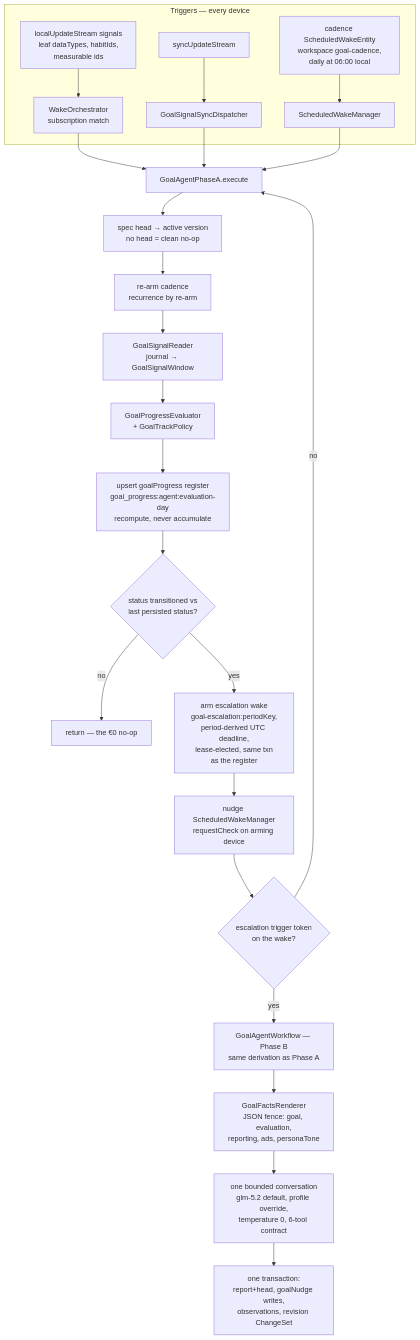
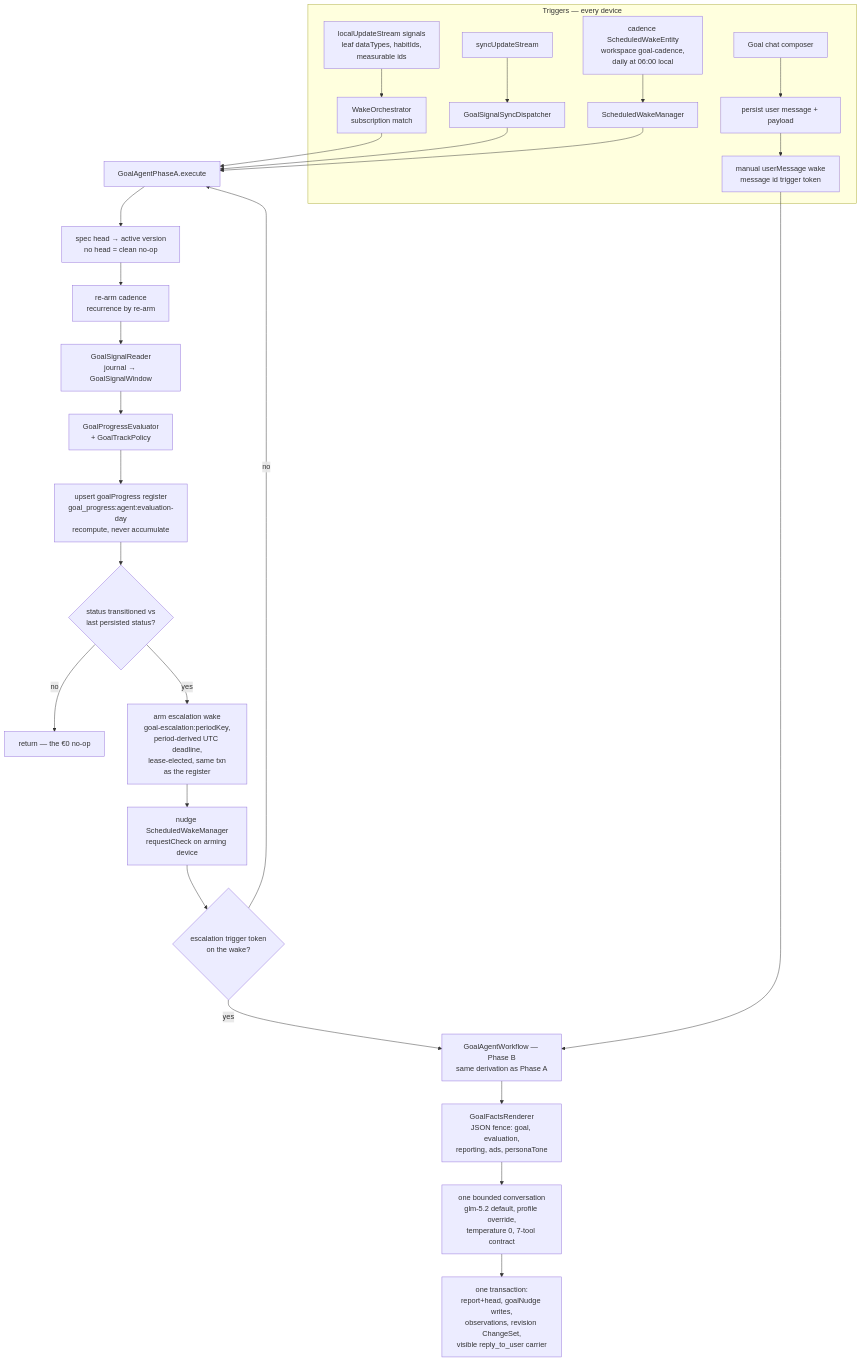
Before and after one commit to matthiasn/lotti: the diagram in knowledge/features/goals.md, drawn with Mermaid. The commit also changed other lines of this file and 60 other files, not shown here.

Commit message:
feat: add persistent goal agent chat

````diff
--- a/knowledge/features/goals.md
+++ b/knowledge/features/goals.md
@@ -68,26 +68,29 @@
 ```mermaid
 flowchart TD
     subgraph triggers [Triggers — every device]
         SIG[localUpdateStream signals\nleaf dataTypes, habitIds,\nmeasurable ids] --> ORCH[WakeOrchestrator\nsubscription match]
         SYNC[syncUpdateStream] --> DISP[GoalSignalSyncDispatcher]
         CAD[cadence ScheduledWakeEntity\nworkspace goal-cadence,\ndaily at 06:00 local] --> MGR[ScheduledWakeManager]
+        CHAT[Goal chat composer] --> STORE[persist user message + payload]
+        STORE --> USERWAKE[manual userMessage wake\nmessage id trigger token]
     end
     ORCH --> PA[GoalAgentPhaseA.execute]
     DISP --> PA
     MGR --> PA
     PA --> HEAD[spec head → active version\nno head = clean no-op]
     HEAD --> REARM[re-arm cadence\nrecurrence by re-arm]
     REARM --> READ[GoalSignalReader\njournal → GoalSignalWindow]
     READ --> EVAL[GoalProgressEvaluator\n+ GoalTrackPolicy]
     EVAL --> REG[upsert goalProgress register\ngoal_progress:agent:evaluation-day\nrecompute, never accumulate]
     REG --> TRANS{status transitioned vs\nlast persisted status?}
     TRANS -- no --> DONE[return — the €0 no-op]
     TRANS -- yes --> ESC[arm escalation wake\ngoal-escalation:periodKey,\nperiod-derived UTC deadline,\nlease-elected, same txn\nas the register]
     ESC --> NUDGE[nudge ScheduledWakeManager\nrequestCheck on arming device]
     NUDGE --> ROUTE{escalation trigger token\non the wake?}
     ROUTE -- no --> PA
     ROUTE -- yes --> PB[GoalAgentWorkflow — Phase B\nsame derivation as Phase A]
+    USERWAKE --> PB
     PB --> FACTS[GoalFactsRenderer\nJSON fence: goal, evaluation,\nreporting, ads, personaTone]
-    FACTS --> CONV[one bounded conversation\nglm-5.2 default, profile override,\ntemperature 0, 6-tool contract]
-    CONV --> OUT[one transaction:\nreport+head, goalNudge writes,\nobservations, revision ChangeSet]
+    FACTS --> CONV[one bounded conversation\nglm-5.2 default, profile override,\ntemperature 0, 7-tool contract]
+    CONV --> OUT[one transaction:\nreport+head, goalNudge writes,\nobservations, revision ChangeSet,\nvisible reply_to_user carrier]
 ```
````
